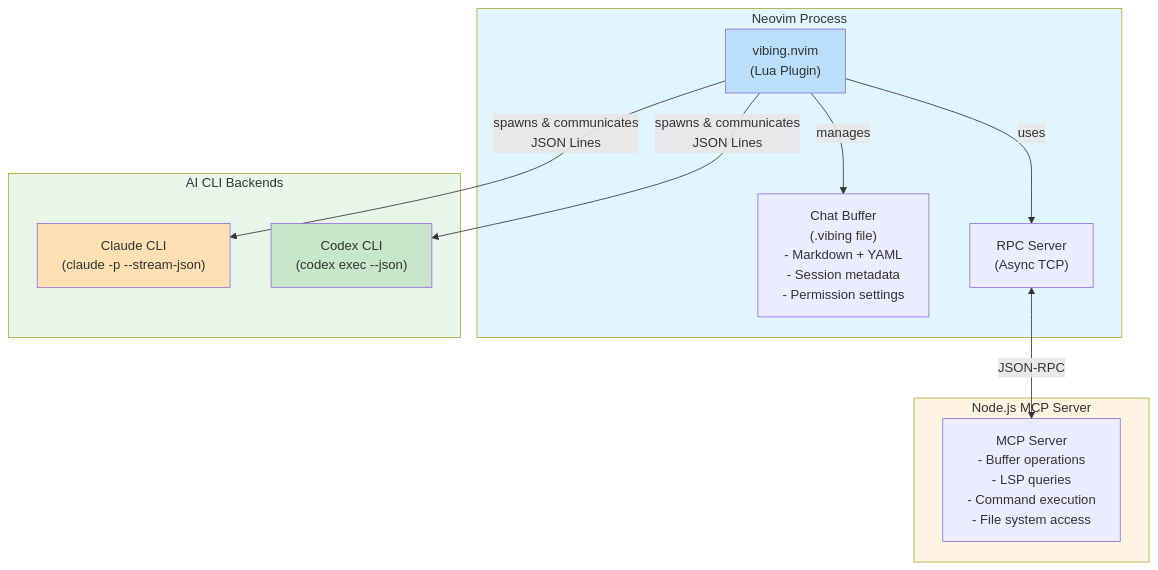
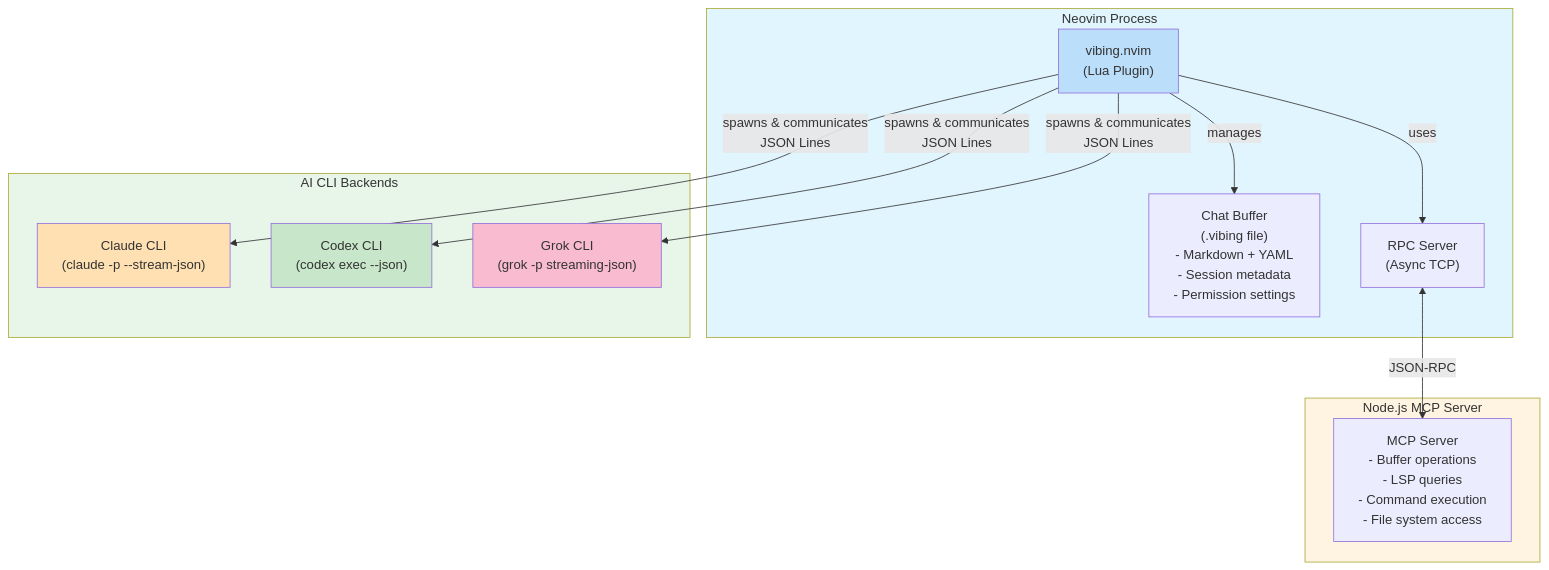
Before and after one commit to shabaraba/vibing.nvim: the diagram in README.md, drawn with Mermaid. The commit also changed other lines of this file and 3 other files, not shown here.

First line of the commit message:
fix: address CodeRabbit review feedback for Grok CLI adapter

````diff
--- a/README.md
+++ b/README.md
@@ -957,31 +957,34 @@
 ```mermaid
 graph TB
     subgraph Neovim["Neovim Process"]
         Plugin["vibing.nvim<br/>(Lua Plugin)"]
         Buffer["Chat Buffer<br/>(.vibing file)<br/>- Markdown + YAML<br/>- Session metadata<br/>- Permission settings"]
         RPC["RPC Server<br/>(Async TCP)"]
 
         Plugin -->|manages| Buffer
         Plugin -->|uses| RPC
     end
 
     subgraph MCP["Node.js MCP Server"]
         MCPServer["MCP Server<br/>- Buffer operations<br/>- LSP queries<br/>- Command execution<br/>- File system access"]
     end
 
     subgraph AI["AI CLI Backends"]
         Claude["Claude CLI<br/>(claude -p --stream-json)"]
         Codex["Codex CLI<br/>(codex exec --json)"]
+        Grok["Grok CLI<br/>(grok -p streaming-json)"]
     end
 
     RPC <-->|JSON-RPC| MCPServer
     Plugin -->|spawns & communicates<br/>JSON Lines| Claude
     Plugin -->|spawns & communicates<br/>JSON Lines| Codex
+    Plugin -->|spawns & communicates<br/>JSON Lines| Grok
 
     style Neovim fill:#e1f5ff
     style MCP fill:#fff4e1
     style AI fill:#e8f5e9
     style Plugin fill:#bbdefb
     style Claude fill:#ffe0b2
     style Codex fill:#c8e6c9
+    style Grok fill:#f8bbd0
 ```
````
